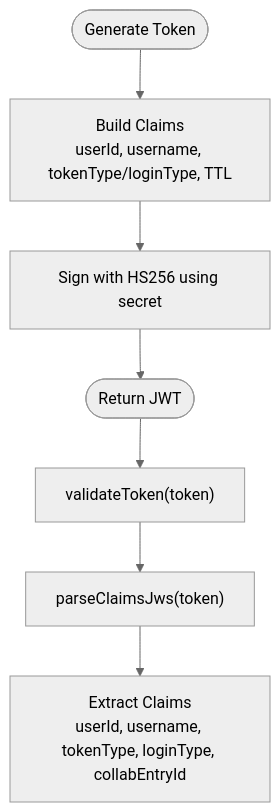
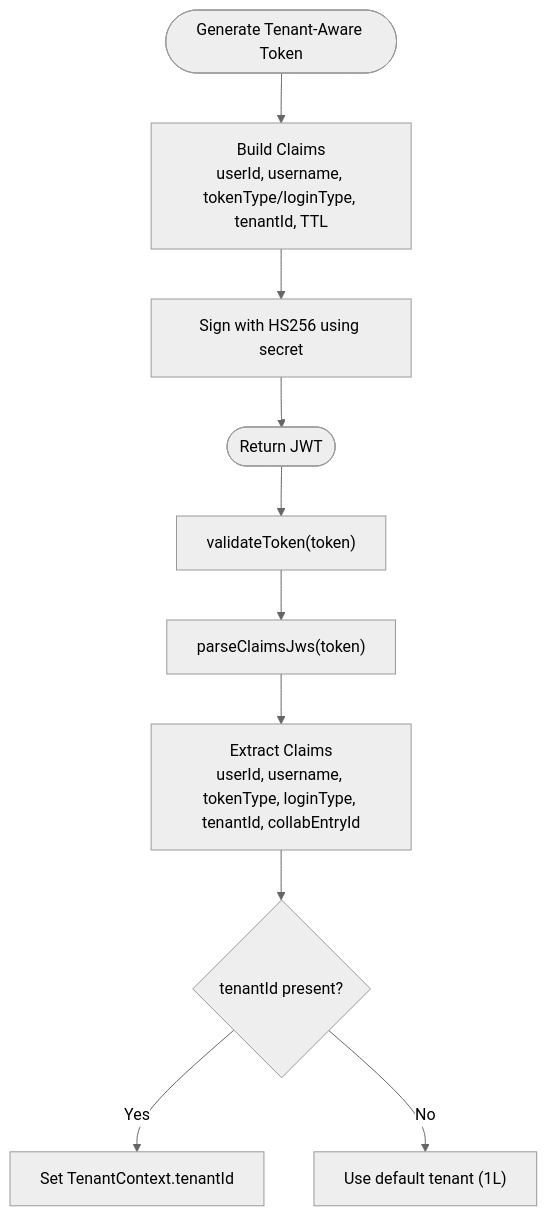
The fourth of 9 diagrams in .qoder/repowiki/en/content/Authentication & Authorization/Authentication & Authorization.md (bo961386926/Survey-App), drawn with Mermaid (neutral theme) before and after one commit. The commit also changed other lines of this file and 18 other files, not shown here.

````diff
--- a/.qoder/repowiki/en/content/Authentication & Authorization/Authentication & Authorization.md
+++ b/.qoder/repowiki/en/content/Authentication & Authorization/Authentication & Authorization.md
@@ -183,9 +241,12 @@
 ```mermaid
 flowchart TD
-Start(["Generate Token"]) --> BuildClaims["Build Claims<br/>userId, username, tokenType/loginType, TTL"]
+Start(["Generate Tenant-Aware Token"]) --> BuildClaims["Build Claims<br/>userId, username, tokenType/loginType, tenantId, TTL"]
 BuildClaims --> Sign["Sign with HS256 using secret"]
 Sign --> Return(["Return JWT"])
 Return --> Validate["validateToken(token)"]
 Validate --> Parse["parseClaimsJws(token)"]
-Parse --> Extract["Extract Claims<br/>userId, username, tokenType, loginType, collabEntryId"]
+Parse --> Extract["Extract Claims<br/>userId, username, tokenType, loginType, tenantId, collabEntryId"]
+Extract --> TenantCheck{"tenantId present?"}
+TenantCheck --> |Yes| SetContext["Set TenantContext.tenantId"]
+TenantCheck --> |No| DefaultTenant["Use default tenant (1L)"]
 ```
````
